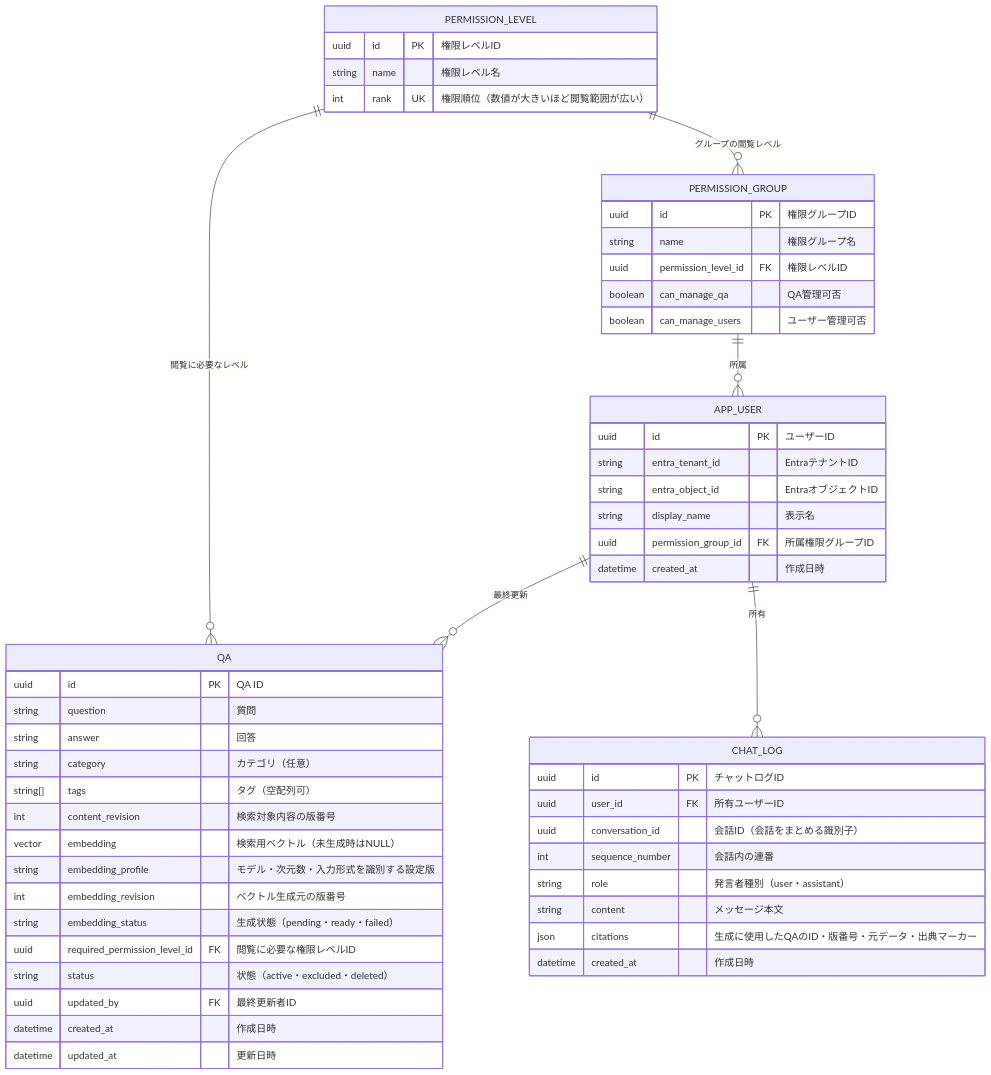
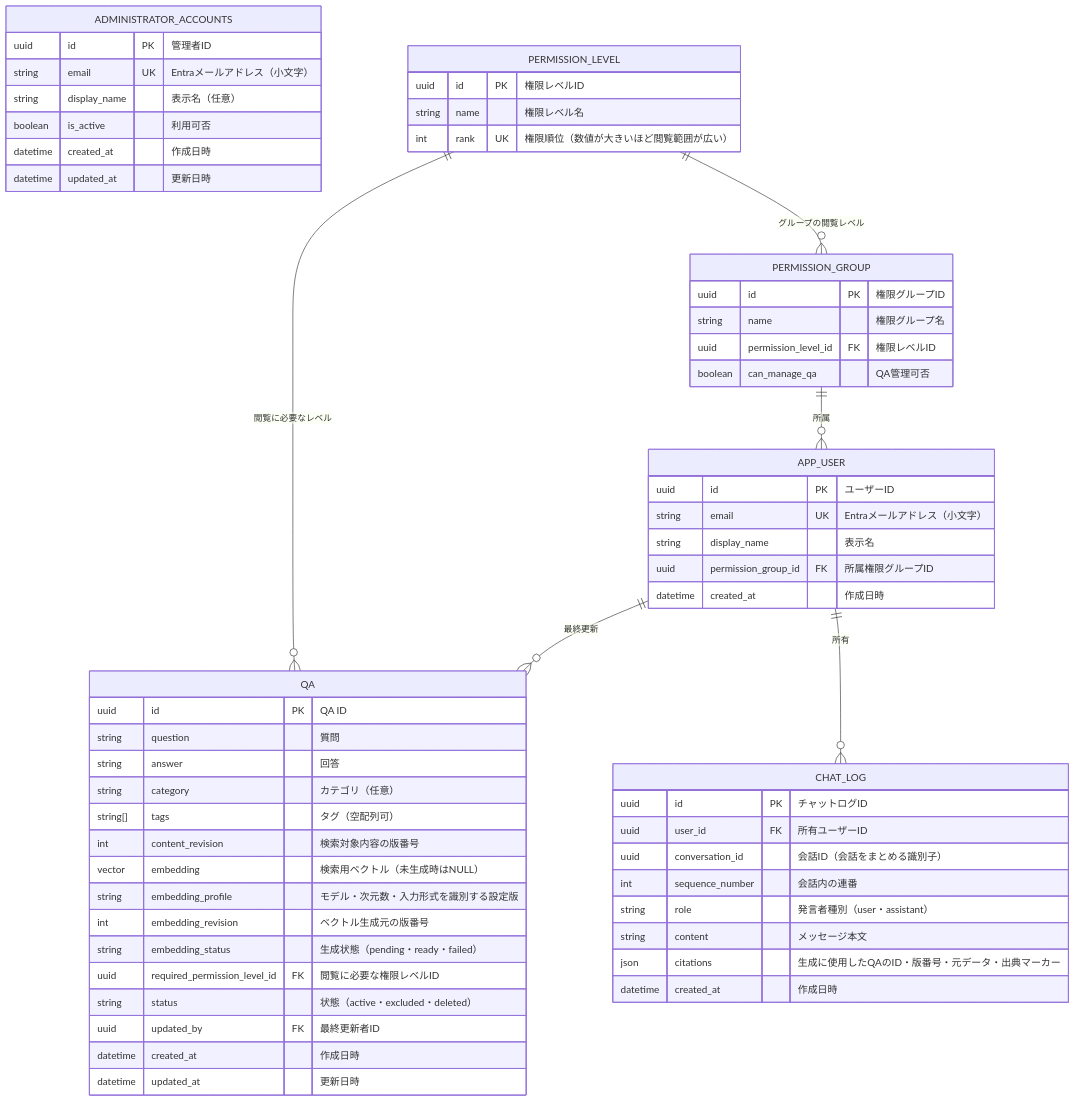
The diagram in doc/er-diagram.md (tatsu-mi/ss-local-ai), drawn with Mermaid before and after one commit. The commit also changed other lines of this file and 49 other files, not shown here.

````diff
--- a/doc/er-diagram.md
+++ b/doc/er-diagram.md
@@ -7,56 +7,62 @@
 ```mermaid
 erDiagram
     APP_USER {
         uuid id PK "ユーザーID"
-        string entra_tenant_id "EntraテナントID"
-        string entra_object_id "EntraオブジェクトID"
+        string email UK "Entraメールアドレス（小文字）"
         string display_name "表示名"
         uuid permission_group_id FK "所属権限グループID"
         datetime created_at "作成日時"
+    }
+    ADMINISTRATOR_ACCOUNTS {
+        uuid id PK "管理者ID"
+        string email UK "Entraメールアドレス（小文字）"
+        string display_name "表示名（任意）"
+        boolean is_active "利用可否"
+        datetime created_at "作成日時"
+        datetime updated_at "更新日時"
     }
     PERMISSION_GROUP {
         uuid id PK "権限グループID"
         string name "権限グループ名"
         uuid permission_level_id FK "権限レベルID"
         boolean can_manage_qa "QA管理可否"
-        boolean can_manage_users "ユーザー管理可否"
     }
     PERMISSION_LEVEL {
         uuid id PK "権限レベルID"
         string name "権限レベル名"
         int rank UK "権限順位（数値が大きいほど閲覧範囲が広い）"
     }
     QA {
         uuid id PK "QA ID"
         string question "質問"
         string answer "回答"
         string category "カテゴリ（任意）"
         string[] tags "タグ（空配列可）"
         int content_revision "検索対象内容の版番号"
         vector embedding "検索用ベクトル（未生成時はNULL）"
         string embedding_profile "モデル・次元数・入力形式を識別する設定版"
         int embedding_revision "ベクトル生成元の版番号"
         string embedding_status "生成状態（pending・ready・failed）"
         uuid required_permission_level_id FK "閲覧に必要な権限レベルID"
         string status "状態（active・excluded・deleted）"
         uuid updated_by FK "最終更新者ID"
         datetime created_at "作成日時"
         datetime updated_at "更新日時"
     }
     CHAT_LOG {
         uuid id PK "チャットログID"
         uuid user_id FK "所有ユーザーID"
         uuid conversation_id "会話ID（会話をまとめる識別子）"
         int sequence_number "会話内の連番"
         string role "発言者種別（user・assistant）"
         string content "メッセージ本文"
         json citations "生成に使用したQAのID・版番号・元データ・出典マーカー"
         datetime created_at "作成日時"
     }
 
     PERMISSION_LEVEL ||--o{ PERMISSION_GROUP : "グループの閲覧レベル"
     PERMISSION_GROUP ||--o{ APP_USER : "所属"
     PERMISSION_LEVEL ||--o{ QA : "閲覧に必要なレベル"
     APP_USER ||--o{ QA : "最終更新"
     APP_USER ||--o{ CHAT_LOG : "所有"
 ```
````
